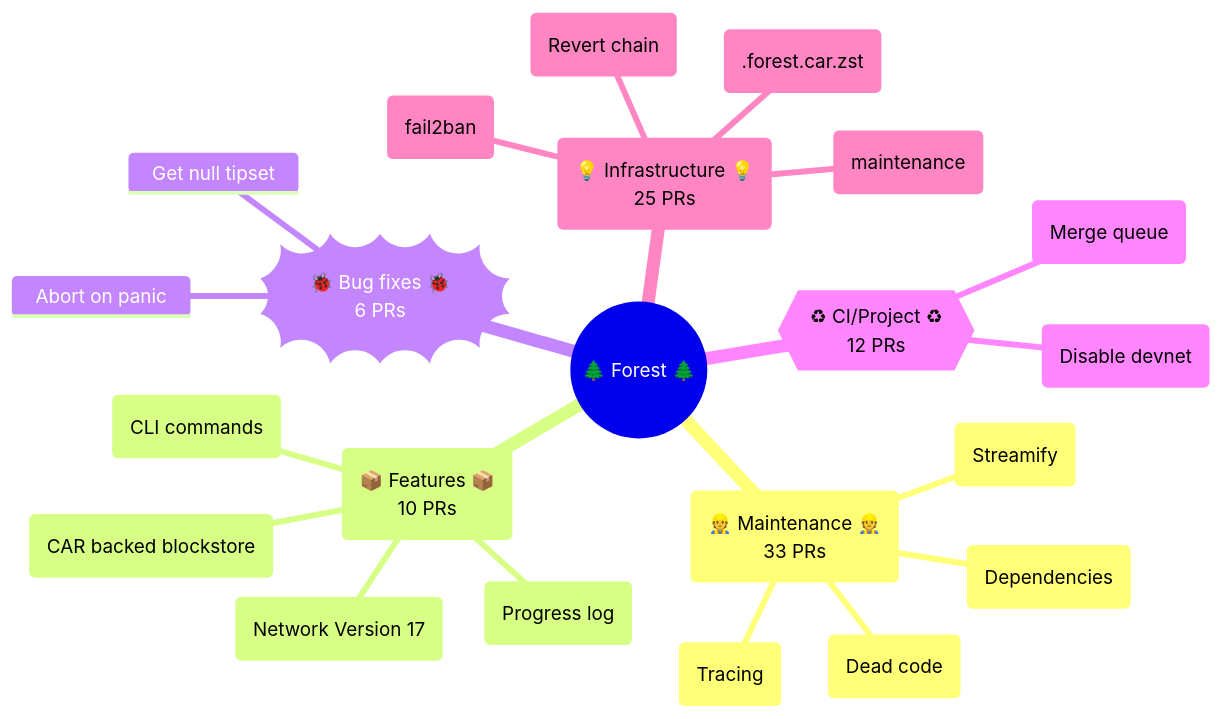
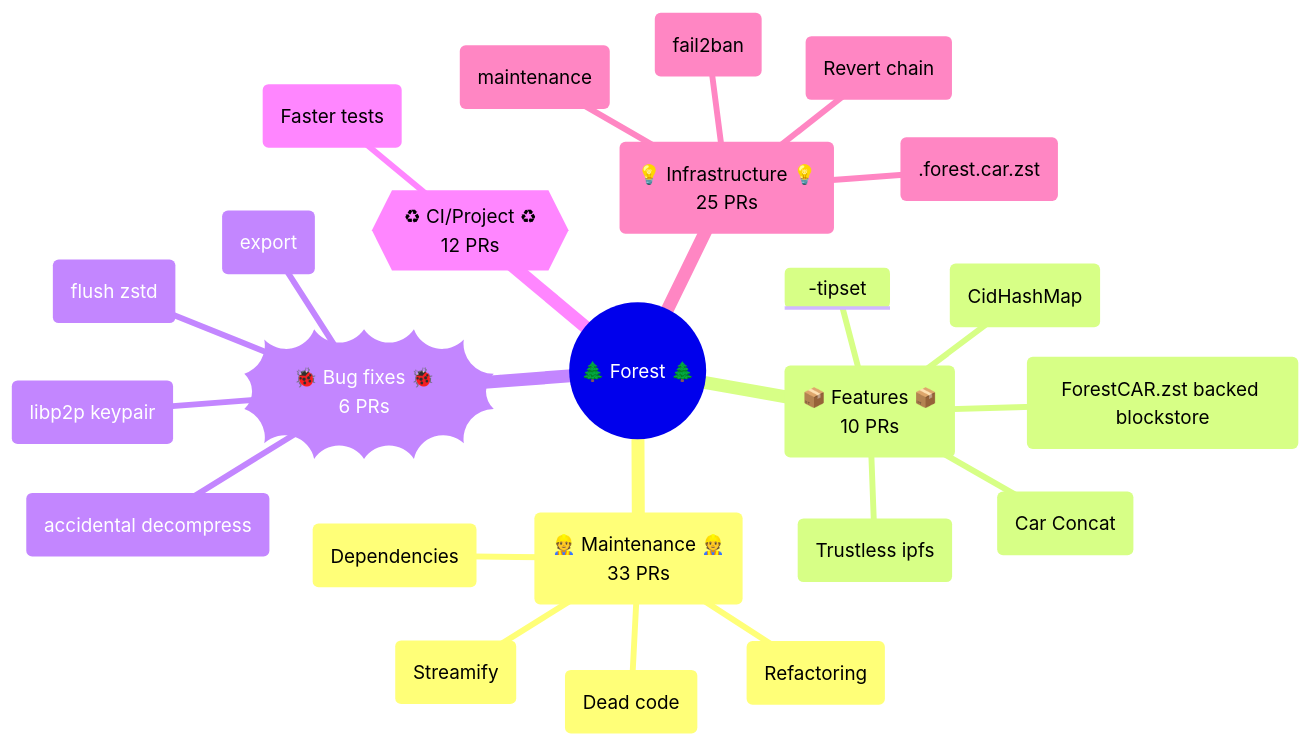
Before and after one commit to jennijuju/forest: the first of 2 diagrams in documentation/mindmaps/2023-07-31.md, drawn with Mermaid.

Commit message:
update summary

````diff
--- a/documentation/mindmaps/2023-07-31.md
+++ b/documentation/mindmaps/2023-07-31.md
@@ -3,25 +3,27 @@
 ```mermaid
 mindmap
   root((🌲 Forest 🌲))
     id(👷 Maintenance 👷<br>33 PRs)
       (Dead code)
       (Dependencies)
       (Streamify)
-      (Tracing)
+      (Refactoring)
     id(📦 Features 📦<br>10 PRs)
-      (CLI commands)
-      (CAR backed blockstore)
-      (Network Version 17)
-      (Progress log)
+      (ForestCAR.zst backed blockstore)
+      (CidHashMap)
+      (Trustless ipfs)
+      (--tipset)
+      (Car Concat)
     id))🐞 Bug fixes 🐞<br>6 PRs((
-      Abort on panic
-      Get null tipset
+      (flush zstd)
+      (accidental decompress)
+      (libp2p keypair)
+      (export)
     id{{♻ CI/Project ♻<br>12 PRs}}
-      (Merge queue)
-      (Disable devnet)
+      (Faster tests)
     id(💡 Infrastructure 💡<br>25 PRs)
       (Revert chain)
       (fail2ban)
       (.forest.car.zst)
       (maintenance)
 ```
````
